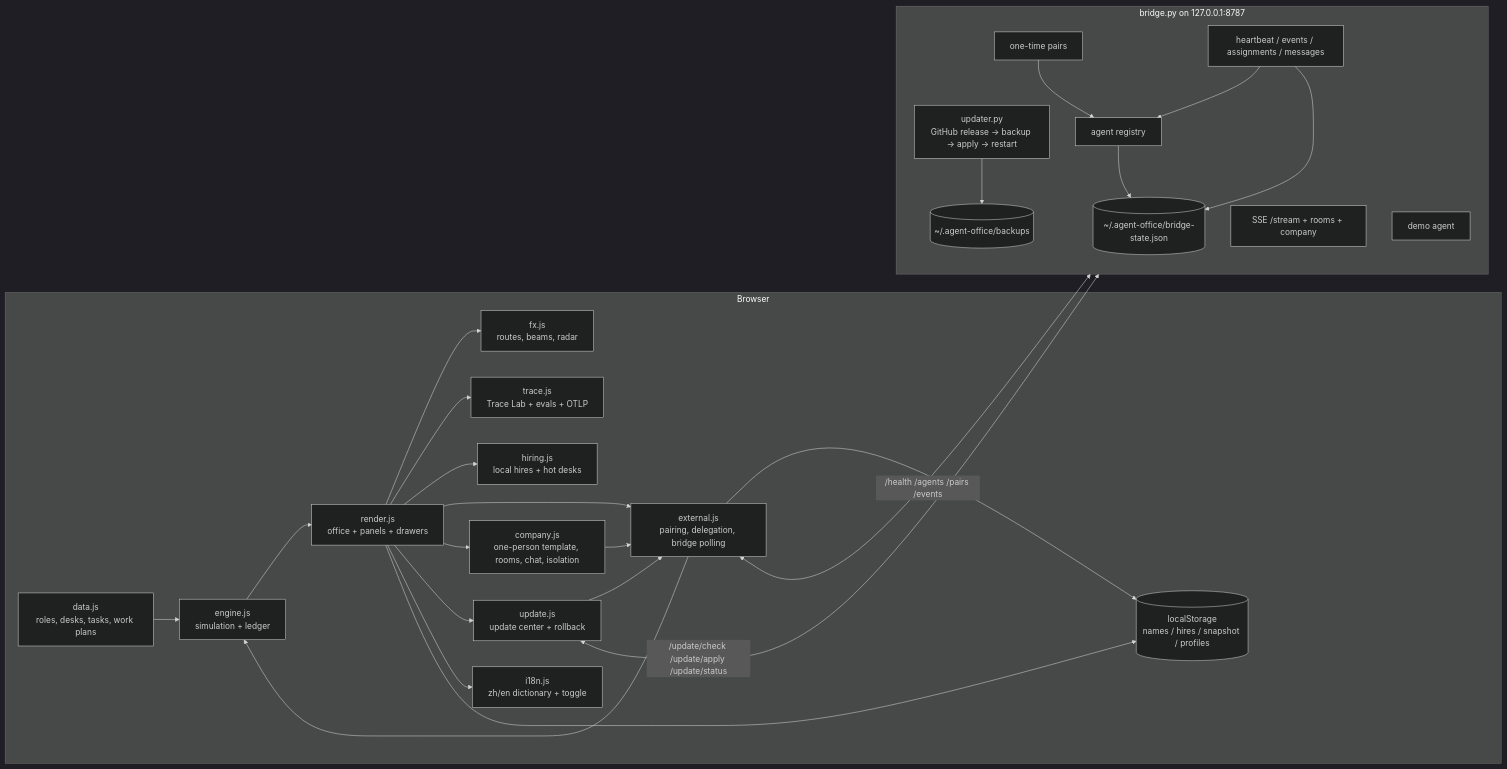
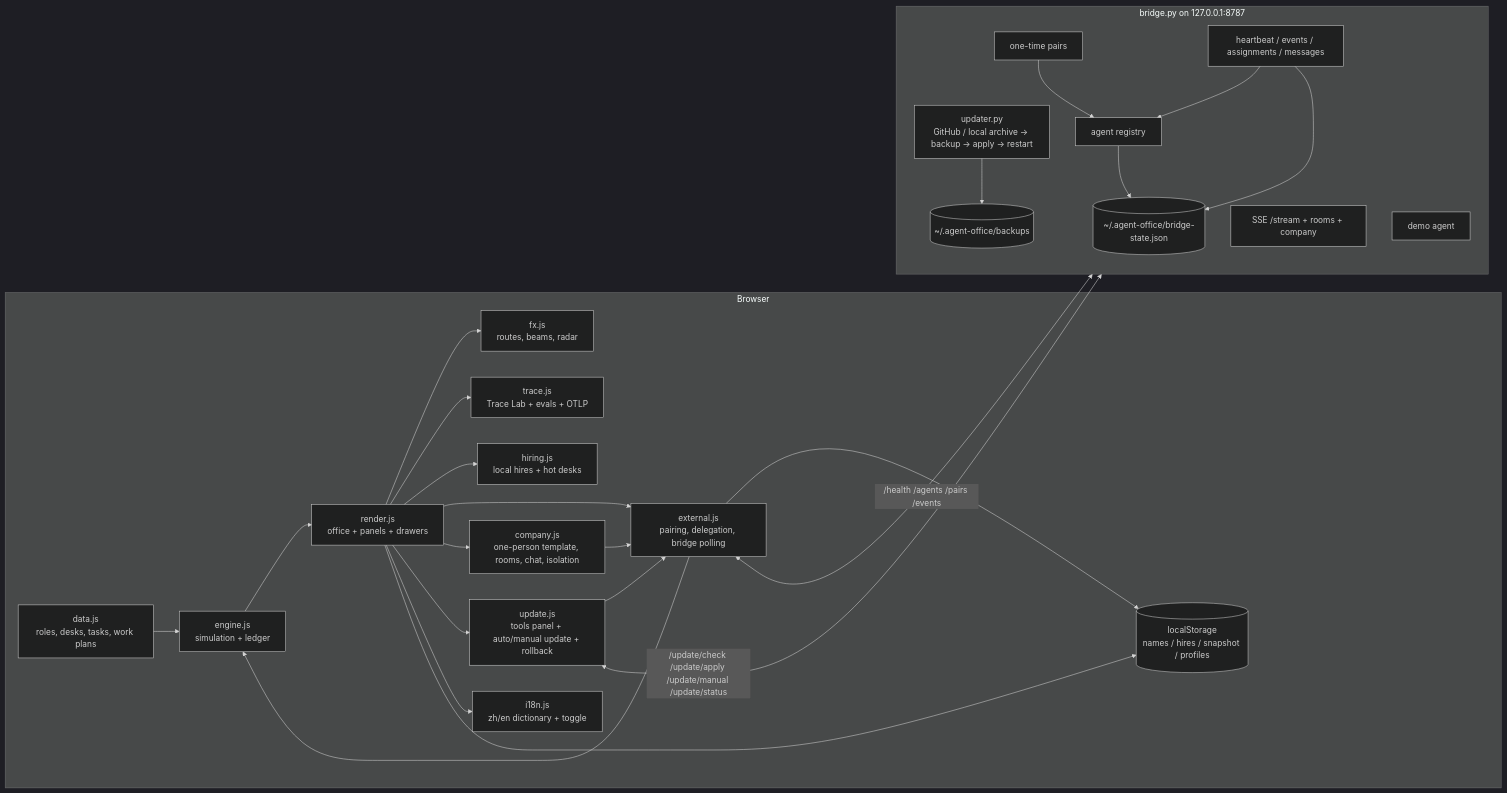
The diagram in docs/ARCHITECTURE.md (128fei-wang/agent-office), drawn with Mermaid (dark theme) before and after one commit. The commit also changed other lines of this file and 19 other files, not shown here.

First line of the commit message:
feat: add tools panel and manual archive updates

````diff
--- a/docs/ARCHITECTURE.md
+++ b/docs/ARCHITECTURE.md
@@ -5,49 +5,49 @@
 ```mermaid
 flowchart LR
   subgraph Browser
     D[data.js<br/>roles, desks, tasks, work plans]
     E[engine.js<br/>simulation + ledger]
     R[render.js<br/>office + panels + drawers]
     F[fx.js<br/>routes, beams, radar]
     T[trace.js<br/>Trace Lab + evals + OTLP]
     H[hiring.js<br/>local hires + hot desks]
     X[external.js<br/>pairing, delegation, bridge polling]
     C[company.js<br/>one-person template, rooms, chat, isolation]
-    U[update.js<br/>update center + rollback]
+    U[update.js<br/>tools panel + auto/manual update + rollback]
     I[i18n.js<br/>zh/en dictionary + toggle]
     L[(localStorage<br/>names / hires / snapshot / profiles)]
     D --> E
     E --> R
     R --> F
     R --> T
     R --> H
     R --> X
     R --> C
     C --> X
     R --> U
     U --> X
     R --> I
     X --> E
     R --> L
     X --> L
   end
 
   subgraph Bridge[bridge.py on 127.0.0.1:8787]
     P[one-time pairs]
     A[agent registry]
     V[heartbeat / events / assignments / messages]
     O[SSE /stream + rooms + company]
     M[demo agent]
-    N[updater.py<br/>GitHub release → backup → apply → restart]
+    N[updater.py<br/>GitHub / local archive → backup → apply → restart]
     S[(~/.agent-office/bridge-state.json)]
     B[(~/.agent-office/backups)]
   end
 
   X <-->|/health /agents /pairs /events| Bridge
-  U <-->|/update/check /update/apply /update/status| Bridge
+  U <-->|/update/check /update/apply /update/manual /update/status| Bridge
   N --> B
   P --> A
   V --> A
   A --> S
   V --> S
 ```
````
